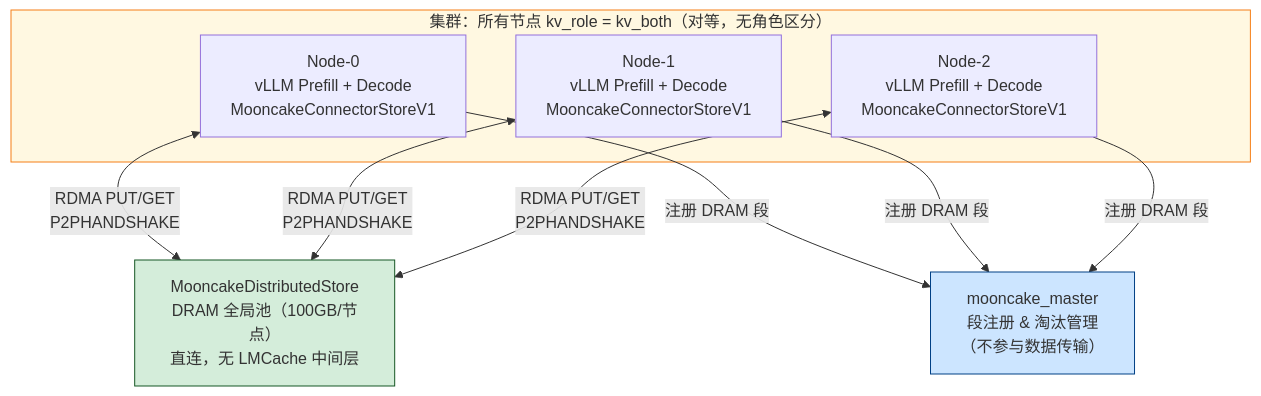
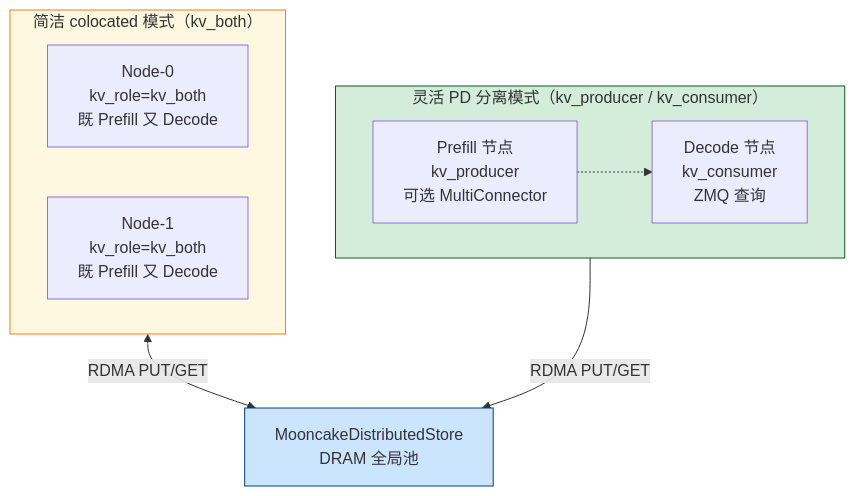
One commit to HeduAiDev/vllm-from-scratch changed the first of 10 diagrams in BLOG_PART2B_V2.md. Above: the diagram before and after it, drawn with Mermaid. The commit also changed other lines of this file, not shown here.

````diff
--- a/BLOG_PART2B_V2.md
+++ b/BLOG_PART2B_V2.md
@@ -230,17 +211,20 @@
 ```mermaid
 flowchart TD
-    subgraph CLUSTER["集群：所有节点 kv_role = kv_both（对等，无角色区分）"]
-        N0["Node-0<br/>vLLM Prefill + Decode<br/>MooncakeConnectorStoreV1"]
-        N1["Node-1<br/>vLLM Prefill + Decode<br/>MooncakeConnectorStoreV1"]
-        N2["Node-2<br/>vLLM Prefill + Decode<br/>MooncakeConnectorStoreV1"]
+    subgraph SIMPLE["简洁 colocated 模式（kv_both）"]
+        direction LR
+        N0["Node-0<br/>kv_role=kv_both<br/>既 Prefill 又 Decode"]
+        N1["Node-1<br/>kv_role=kv_both<br/>既 Prefill 又 Decode"]
     end
-    STORE["MooncakeDistributedStore<br/>DRAM 全局池（100GB/节点）<br/>直连，无 LMCache 中间层"]
-    MASTER["mooncake_master<br/>段注册 & 淘汰管理<br/>（不参与数据传输）"]
-    N0 <-->|"RDMA PUT/GET<br/>P2PHANDSHAKE"| STORE
-    N1 <-->|"RDMA PUT/GET<br/>P2PHANDSHAKE"| STORE
-    N2 <-->|"RDMA PUT/GET<br/>P2PHANDSHAKE"| STORE
-    N0 & N1 & N2 -->|"注册 DRAM 段"| MASTER
-    style STORE fill:#d4edda,stroke:#155724
-    style MASTER fill:#cce5ff,stroke:#004085
-    style CLUSTER fill:#fff8e1,stroke:#f57f17
+    subgraph FULL["灵活 PD 分离模式（kv_producer / kv_consumer）"]
+        direction LR
+        PF["Prefill 节点<br/>kv_producer<br/>可选 MultiConnector"]
+        DC["Decode 节点<br/>kv_consumer<br/>ZMQ 查询"]
+        PF -.-> DC
+    end
+    STORE["MooncakeDistributedStore<br/>DRAM 全局池"]
+    SIMPLE <-->|"RDMA PUT/GET"| STORE
+    FULL -->|"RDMA PUT/GET"| STORE
+    style SIMPLE fill:#fff8e1,stroke:#f57f17
+    style FULL fill:#d4edda,stroke:#155724
+    style STORE fill:#cce5ff,stroke:#004085
 ```
````
